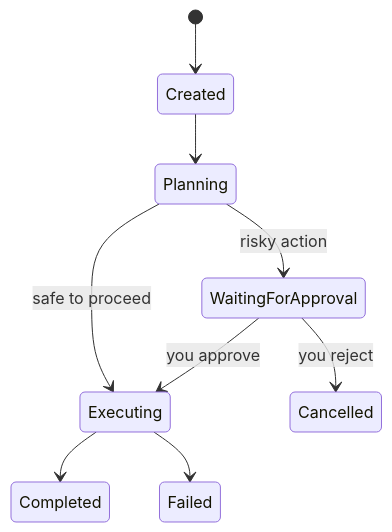
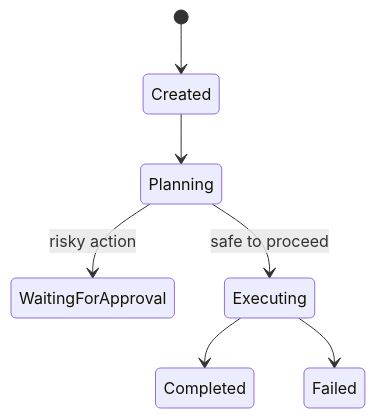
One commit to Abhishekpan731/Jarvis changed the third of 5 diagrams in docs/apps/USER_GUIDE.md. Above: the diagram before and after it, drawn with Mermaid. The commit also changed other lines of this file and 13 other files, not shown here.

````diff
--- a/docs/apps/USER_GUIDE.md
+++ b/docs/apps/USER_GUIDE.md
@@ -62,11 +73,9 @@
 ```mermaid
 stateDiagram-v2
     [*] --> Created
     Created --> Planning
     Planning --> WaitingForApproval: risky action
     Planning --> Executing: safe to proceed
-    WaitingForApproval --> Executing: you approve
-    WaitingForApproval --> Cancelled: you reject
     Executing --> Completed
     Executing --> Failed
 ```
````
